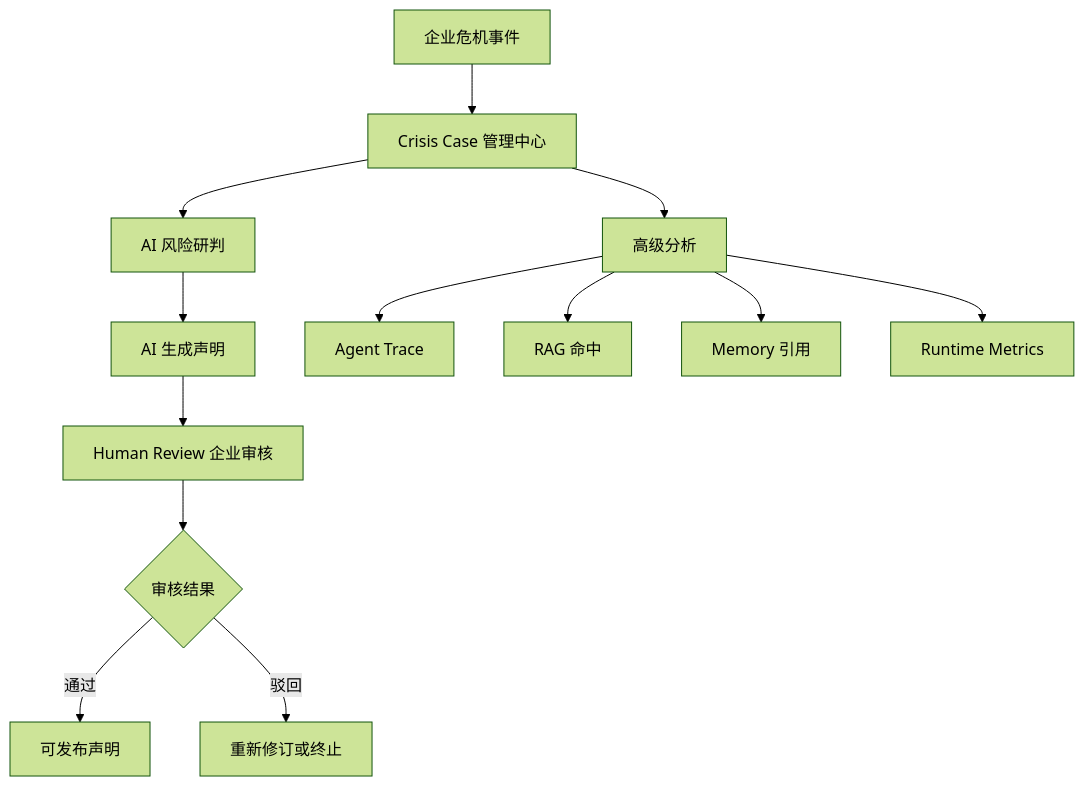
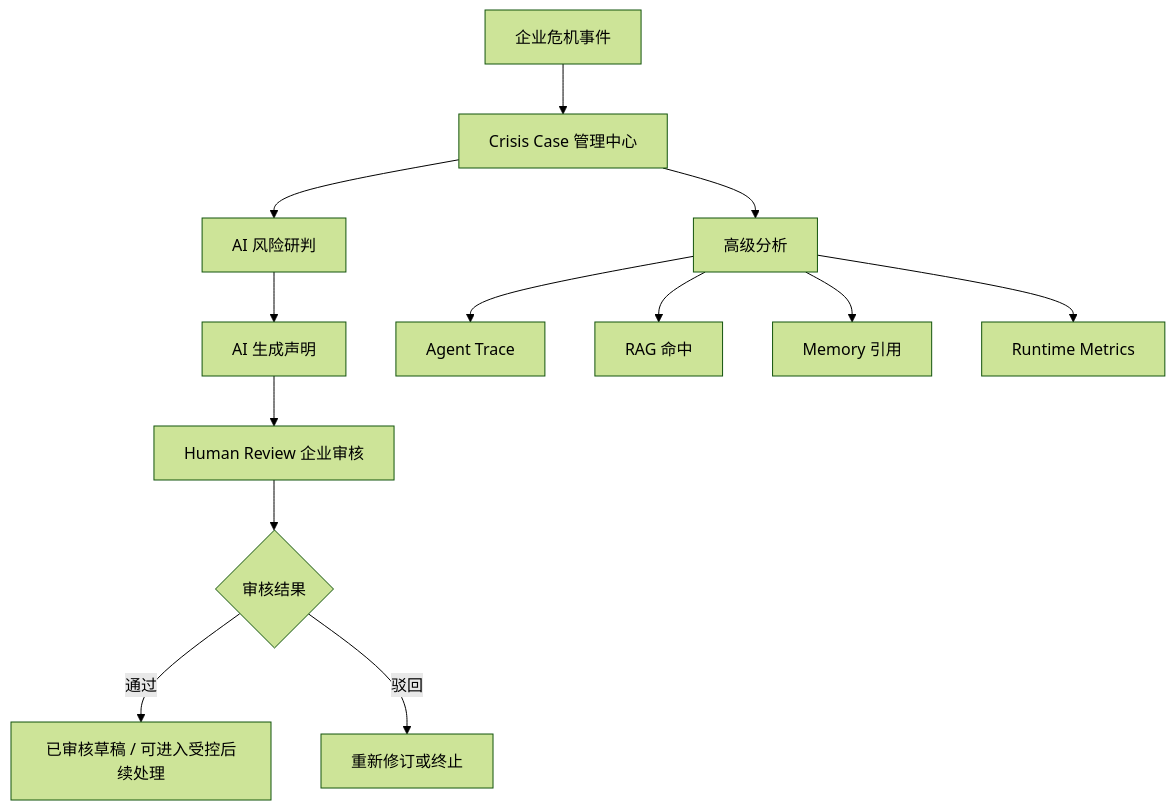
Before and after one commit to Zzzzzzzuj/CrisisAgent: the first of 6 diagrams in docs/architecture-diagram.md, drawn with Mermaid (forest theme). The commit also changed other lines of this file and 7 other files, not shown here.

````diff
--- a/docs/architecture-diagram.md
+++ b/docs/architecture-diagram.md
@@ -7,15 +7,15 @@
 ```mermaid
 flowchart TD
     A["企业危机事件"] --> B["Crisis Case 管理中心"]
     B --> C["AI 风险研判"]
     C --> D["AI 生成声明"]
     D --> E["Human Review 企业审核"]
     E --> F{"审核结果"}
-    F -->|通过| G["可发布声明"]
+    F -->|通过| G["已审核草稿 / 可进入受控后续处理"]
     F -->|驳回| H["重新修订或终止"]
     B --> I["高级分析"]
     I --> J["Agent Trace"]
     I --> K["RAG 命中"]
     I --> L["Memory 引用"]
     I --> M["Runtime Metrics"]
 ```
````
